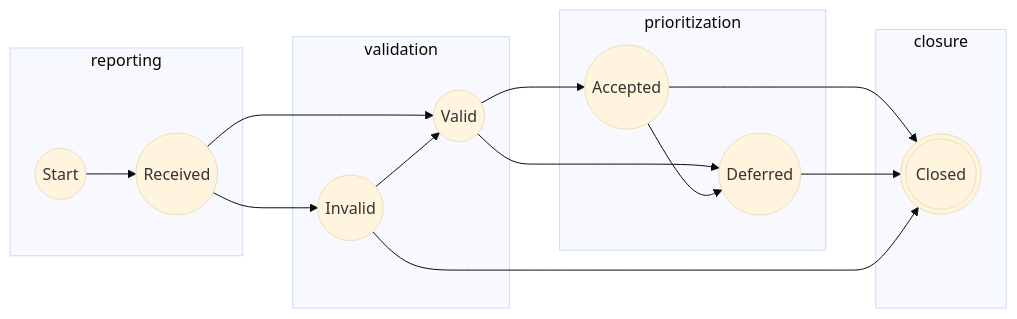
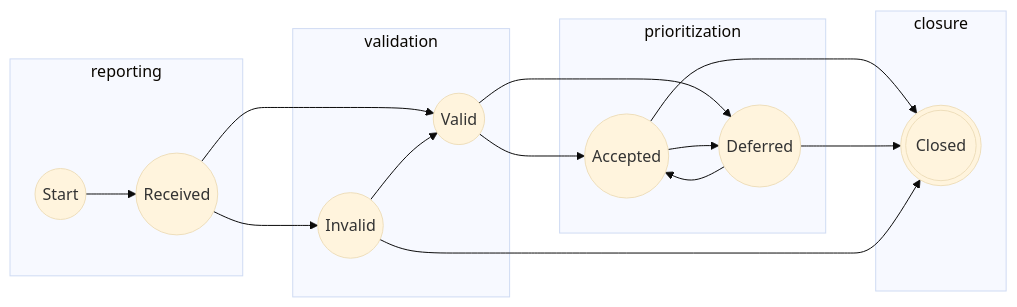
One commit to CERTCC/Vultron changed the first of 10 diagrams in docs/process_models/report_management.md. Above: the diagram before and after it, drawn with Mermaid (base theme). The commit also changed other lines of this file, not shown here.

````diff
--- a/docs/process_models/report_management.md
+++ b/docs/process_models/report_management.md
@@ -52,29 +52,30 @@
 ```mermaid
 flowchart LR
     subgraph reporting
         S((Start))
         R((Received))
     end
     subgraph validation
         I((Invalid))
         V((Valid))
     end
     subgraph prioritization
         D((Deferred))
         A((Accepted))
     end
     subgraph closure
         C(((Closed)))
     end
     
     S --> R
     R --> I
     R --> V
     V --> A
     A --> C
     I --> V
     V --> D
     A --> D
+    D --> A
     D --> C
     I --> C
 ```
````
